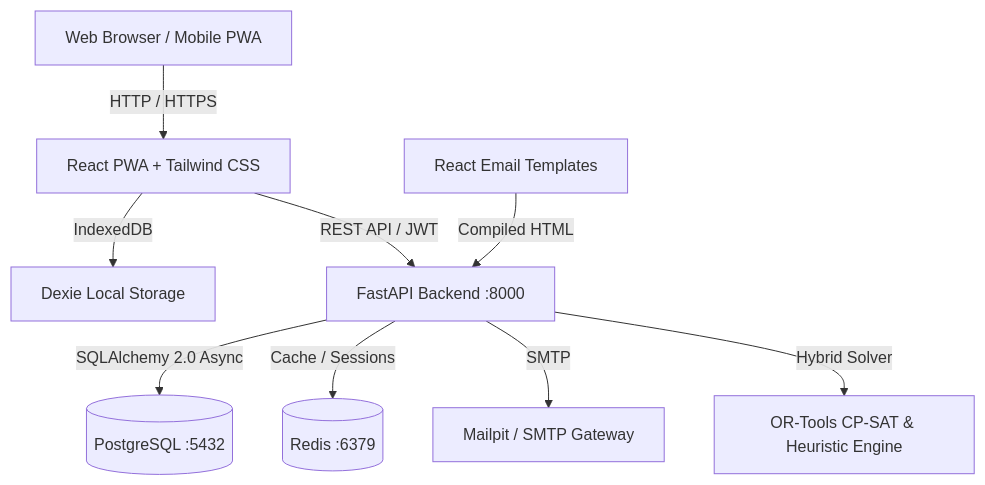
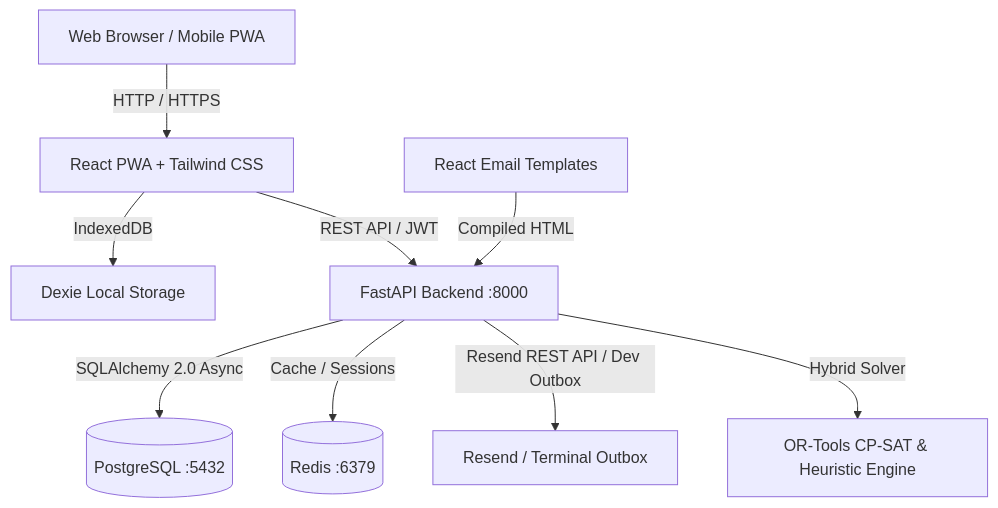
One commit to Curl-X-Tech/curlx_retrails changed the diagram in README.md. Above: the diagram before and after it, drawn with Mermaid. The commit also changed other lines of this file and 1 other file, not shown here.

Commit message:
refactor: migrate email delivery from SMTP/Mailpit to Resend API and update backend Dockerfile dependencies

````diff
--- a/README.md
+++ b/README.md
@@ -56,11 +57,11 @@
 ```mermaid
 graph TD
     Client[Web Browser / Mobile PWA] -->|HTTP / HTTPS| Frontend[React PWA + Tailwind CSS]
     Frontend -->|IndexedDB| Dexie[Dexie Local Storage]
     Frontend -->|REST API / JWT| Backend[FastAPI Backend :8000]
     Backend -->|SQLAlchemy 2.0 Async| DB[(PostgreSQL :5432)]
     Backend -->|Cache / Sessions| Redis[(Redis :6379)]
-    Backend -->|SMTP| Mailer[Mailpit / SMTP Gateway]
+    Backend -->|Resend REST API / Dev Outbox| EmailGateway[Resend / Terminal Outbox]
     Backend -->|Hybrid Solver| ORTools[OR-Tools CP-SAT & Heuristic Engine]
     Emails[React Email Templates] -->|Compiled HTML| Backend
 ```
````
